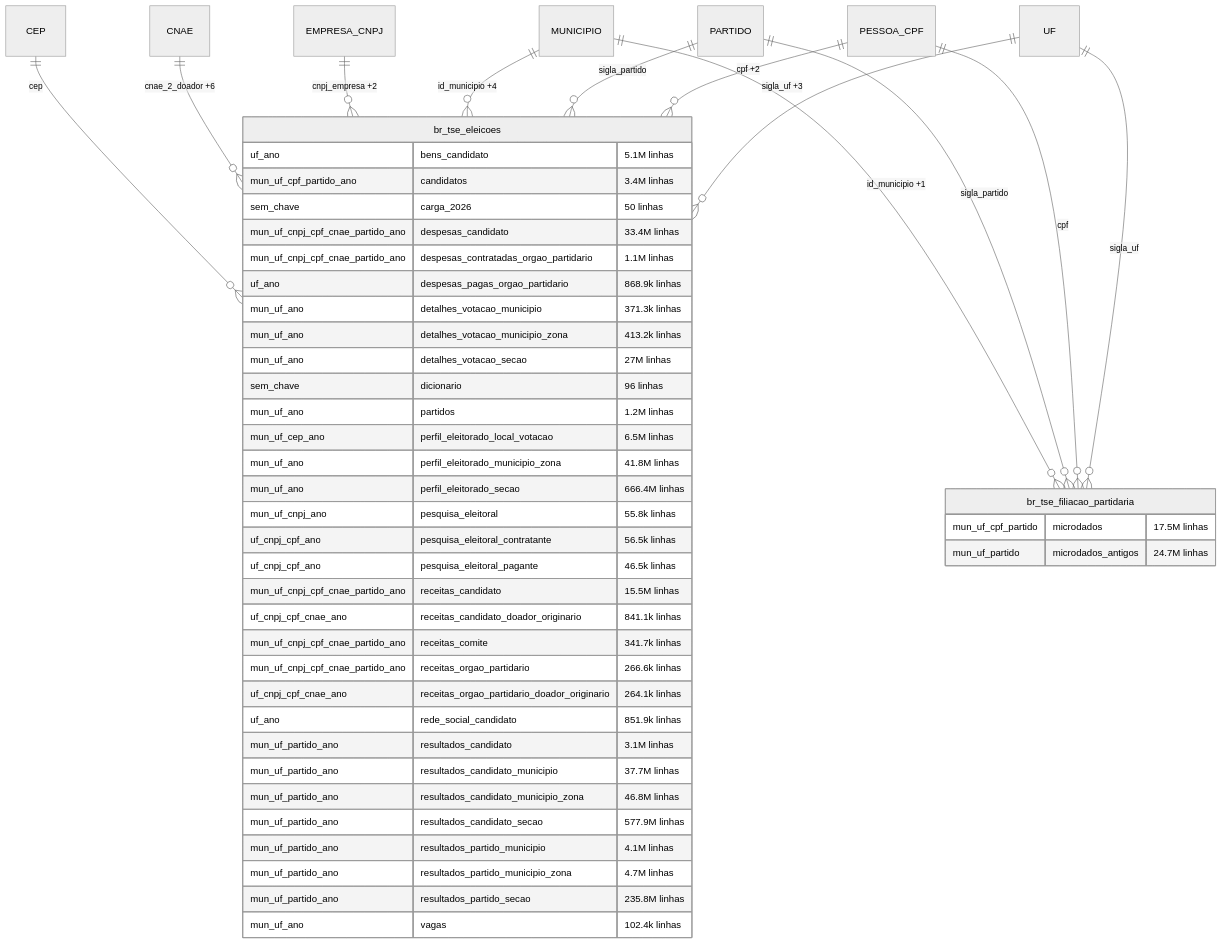
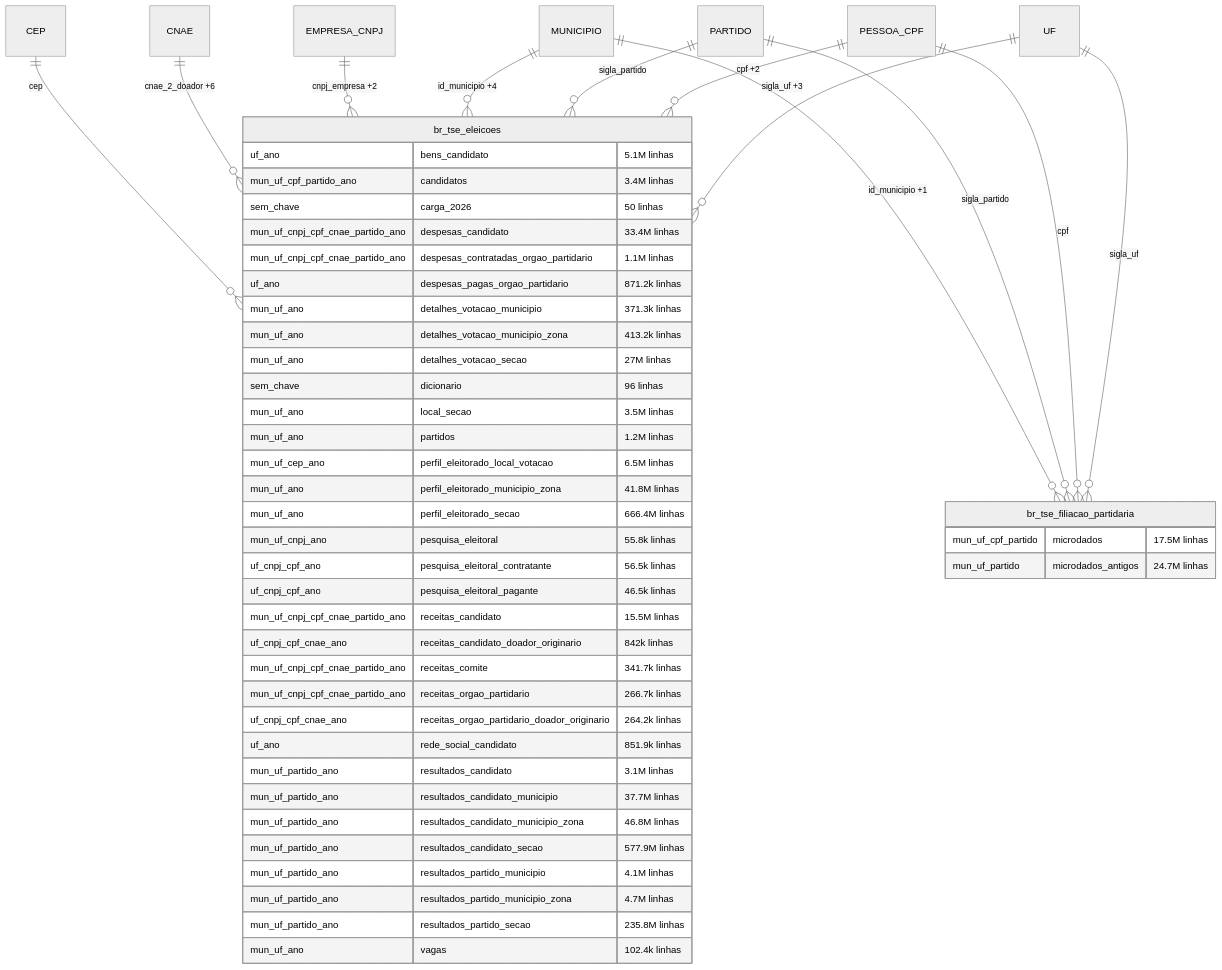
One commit to rafapolo/rodado changed diagram 20 of 37 in docs/mapa/ERD.md. Above: the diagram before and after it, drawn with Mermaid (neutral theme). The commit also changed other lines of this file and 114 other files, not shown here.

````diff
--- a/docs/mapa/ERD.md
+++ b/docs/mapa/ERD.md
@@ -1850,51 +1860,52 @@
 ```mermaid
 erDiagram
     CEP ||--o{ br_tse_eleicoes : "cep"
     CNAE ||--o{ br_tse_eleicoes : "cnae_2_doador +6"
     EMPRESA_CNPJ ||--o{ br_tse_eleicoes : "cnpj_empresa +2"
     MUNICIPIO ||--o{ br_tse_eleicoes : "id_municipio +4"
     PARTIDO ||--o{ br_tse_eleicoes : "sigla_partido"
     PESSOA_CPF ||--o{ br_tse_eleicoes : "cpf +2"
     UF ||--o{ br_tse_eleicoes : "sigla_uf +3"
     MUNICIPIO ||--o{ br_tse_filiacao_partidaria : "id_municipio +1"
     PARTIDO ||--o{ br_tse_filiacao_partidaria : "sigla_partido"
     PESSOA_CPF ||--o{ br_tse_filiacao_partidaria : "cpf"
     UF ||--o{ br_tse_filiacao_partidaria : "sigla_uf"
     br_tse_eleicoes {
         uf_ano bens_candidato "5.1M linhas"
         mun_uf_cpf_partido_ano candidatos "3.4M linhas"
         sem_chave carga_2026 "50 linhas"
         mun_uf_cnpj_cpf_cnae_partido_ano despesas_candidato "33.4M linhas"
         mun_uf_cnpj_cpf_cnae_partido_ano despesas_contratadas_orgao_partidario "1.1M linhas"
-        uf_ano despesas_pagas_orgao_partidario "868.9k linhas"
+        uf_ano despesas_pagas_orgao_partidario "871.2k linhas"
         mun_uf_ano detalhes_votacao_municipio "371.3k linhas"
         mun_uf_ano detalhes_votacao_municipio_zona "413.2k linhas"
         mun_uf_ano detalhes_votacao_secao "27M linhas"
         sem_chave dicionario "96 linhas"
+        mun_uf_ano local_secao "3.5M linhas"
         mun_uf_ano partidos "1.2M linhas"
         mun_uf_cep_ano perfil_eleitorado_local_votacao "6.5M linhas"
         mun_uf_ano perfil_eleitorado_municipio_zona "41.8M linhas"
         mun_uf_ano perfil_eleitorado_secao "666.4M linhas"
         mun_uf_cnpj_ano pesquisa_eleitoral "55.8k linhas"
         uf_cnpj_cpf_ano pesquisa_eleitoral_contratante "56.5k linhas"
         uf_cnpj_cpf_ano pesquisa_eleitoral_pagante "46.5k linhas"
         mun_uf_cnpj_cpf_cnae_partido_ano receitas_candidato "15.5M linhas"
-        uf_cnpj_cpf_cnae_ano receitas_candidato_doador_originario "841.1k linhas"
+        uf_cnpj_cpf_cnae_ano receitas_candidato_doador_originario "842k linhas"
         mun_uf_cnpj_cpf_cnae_partido_ano receitas_comite "341.7k linhas"
-        mun_uf_cnpj_cpf_cnae_partido_ano receitas_orgao_partidario "266.6k linhas"
-        uf_cnpj_cpf_cnae_ano receitas_orgao_partidario_doador_originario "264.1k linhas"
+        mun_uf_cnpj_cpf_cnae_partido_ano receitas_orgao_partidario "266.7k linhas"
+        uf_cnpj_cpf_cnae_ano receitas_orgao_partidario_doador_originario "264.2k linhas"
         uf_ano rede_social_candidato "851.9k linhas"
         mun_uf_partido_ano resultados_candidato "3.1M linhas"
         mun_uf_partido_ano resultados_candidato_municipio "37.7M linhas"
         mun_uf_partido_ano resultados_candidato_municipio_zona "46.8M linhas"
         mun_uf_partido_ano resultados_candidato_secao "577.9M linhas"
         mun_uf_partido_ano resultados_partido_municipio "4.1M linhas"
         mun_uf_partido_ano resultados_partido_municipio_zona "4.7M linhas"
         mun_uf_partido_ano resultados_partido_secao "235.8M linhas"
         mun_uf_ano vagas "102.4k linhas"
     }
     br_tse_filiacao_partidaria {
         mun_uf_cpf_partido microdados "17.5M linhas"
         mun_uf_partido microdados_antigos "24.7M linhas"
     }
 ```
````
